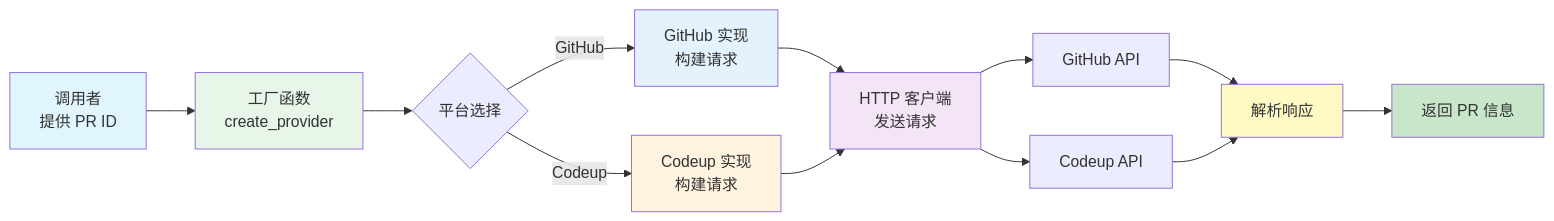
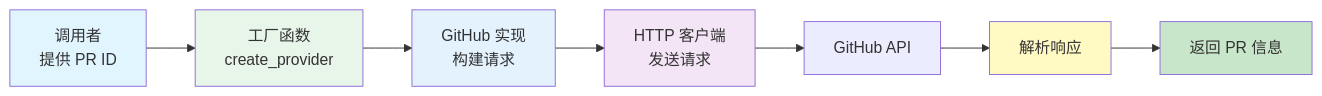
The third of 3 diagrams in docs/architecture/lib/PR_ARCHITECTURE.md (zevwings/workflow.rs), drawn with Mermaid before and after one commit. The commit also changed other lines of this file and 169 other files, not shown here.

````diff
--- a/docs/architecture/lib/PR_ARCHITECTURE.md
+++ b/docs/architecture/lib/PR_ARCHITECTURE.md
@@ -326,22 +325,16 @@
 ```mermaid
 flowchart LR
     Caller[调用者<br/>提供 PR ID] --> Factory[工厂函数<br/>create_provider]
-    Factory --> Platform{平台选择}
-    Platform -->|GitHub| GitHub[GitHub 实现<br/>构建请求]
-    Platform -->|Codeup| Codeup[Codeup 实现<br/>构建请求]
+    Factory --> GitHub[GitHub 实现<br/>构建请求]
     GitHub --> Http[HTTP 客户端<br/>发送请求]
-    Codeup --> Http
     Http --> GitHubAPI[GitHub API]
-    Http --> CodeupAPI[Codeup API]
     GitHubAPI --> Parse[解析响应]
-    CodeupAPI --> Parse
     Parse --> Response[返回 PR 信息]
 
     style Caller fill:#e1f5ff
     style Factory fill:#e8f5e9
     style GitHub fill:#e3f2fd
-    style Codeup fill:#fff3e0
     style Http fill:#f3e5f5
     style Parse fill:#fff9c4
     style Response fill:#c8e6c9
 ```
````
